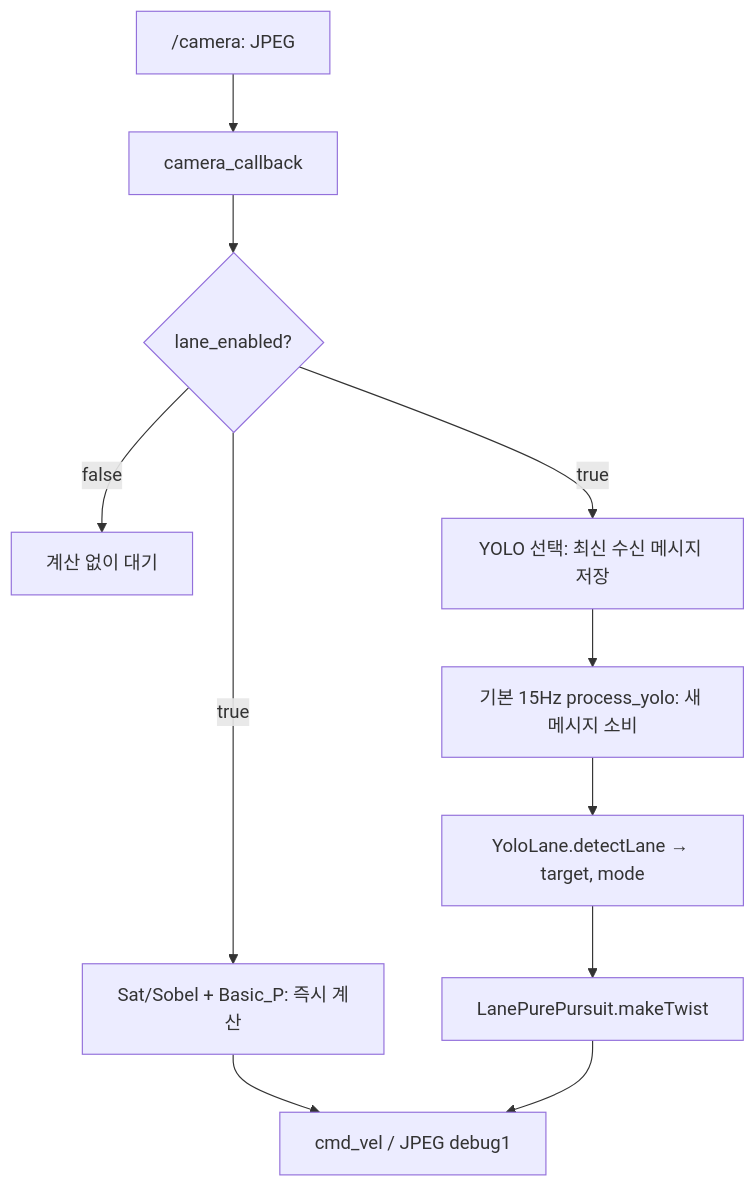
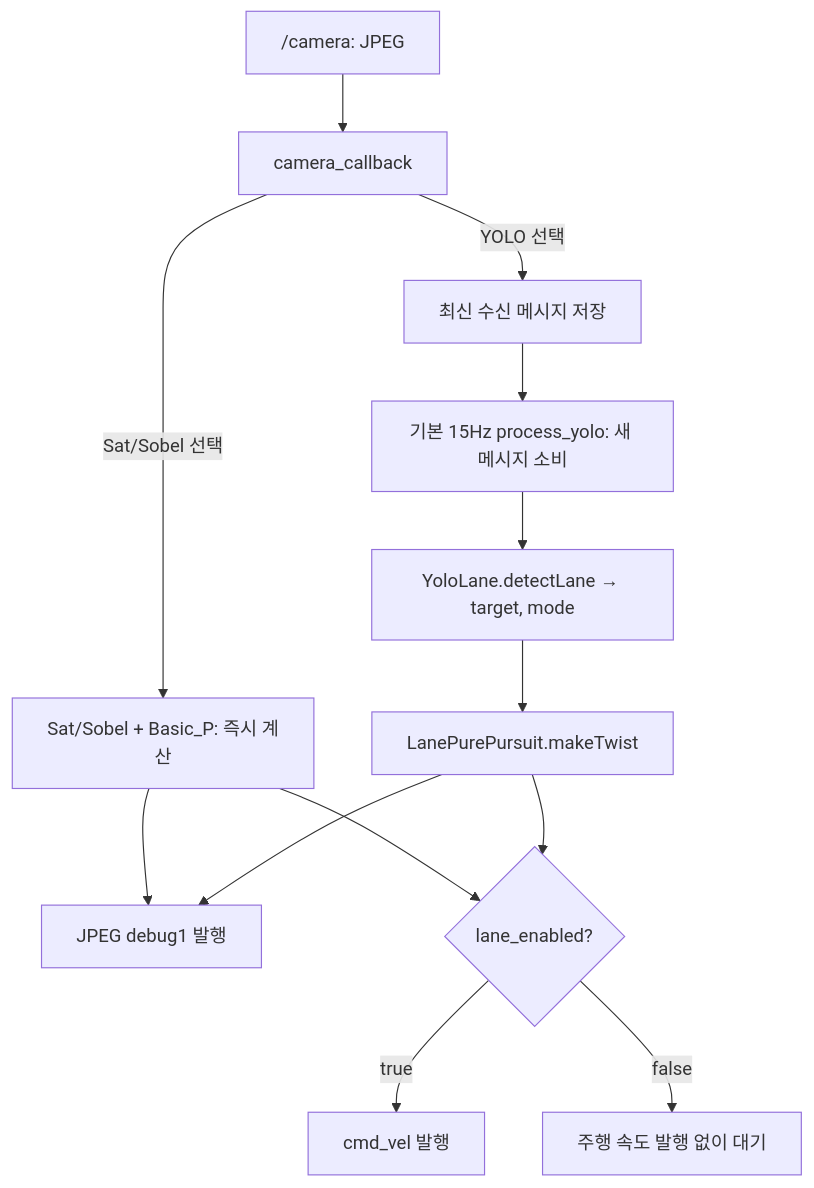
One commit to turtlebot-autorace-2026/driving changed the diagram in README.md. Above: the diagram before and after it, drawn with Mermaid. The commit also changed other lines of this file and 4 other files, not shown here.

````diff
--- a/README.md
+++ b/README.md
@@ -34,13 +34,15 @@
 ```mermaid
 flowchart TD
     camera["/camera: JPEG"] --> callback["camera_callback"]
-    callback --> enabled{"lane_enabled?"}
-    enabled -->|false| wait["계산 없이 대기"]
-    enabled -->|true| basic["Sat/Sobel + Basic_P: 즉시 계산"]
-    enabled -->|true| latest["YOLO 선택: 최신 수신 메시지 저장"]
+    callback -->|Sat/Sobel 선택| basic["Sat/Sobel + Basic_P: 즉시 계산"]
+    callback -->|YOLO 선택| latest["최신 수신 메시지 저장"]
     latest --> timer["기본 15Hz process_yolo: 새 메시지 소비"]
     timer --> detect["YoloLane.detectLane → target, mode"]
     detect --> steer["LanePurePursuit.makeTwist"]
-    basic --> output["cmd_vel / JPEG debug1"]
-    steer --> output
+    basic --> debug["JPEG debug1 발행"]
+    steer --> debug
+    basic --> enabled{"lane_enabled?"}
+    steer --> enabled
+    enabled -->|true| output["cmd_vel 발행"]
+    enabled -->|false| wait["주행 속도 발행 없이 대기"]
 ```
````
